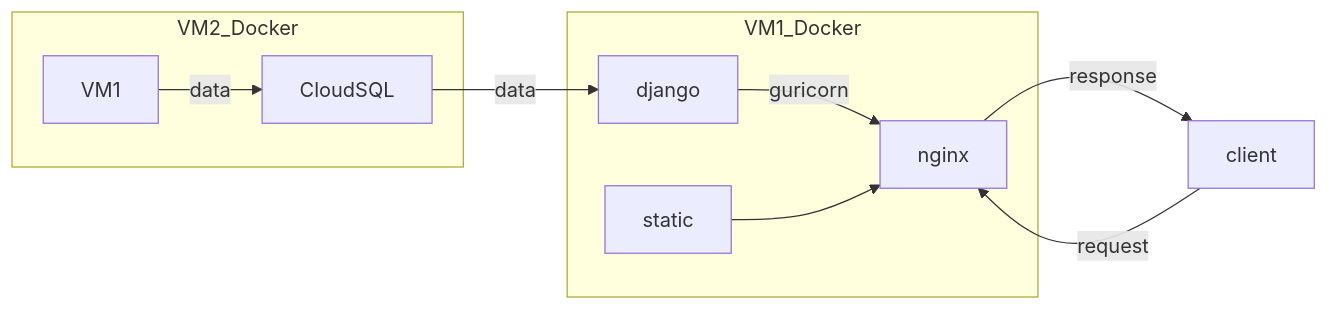
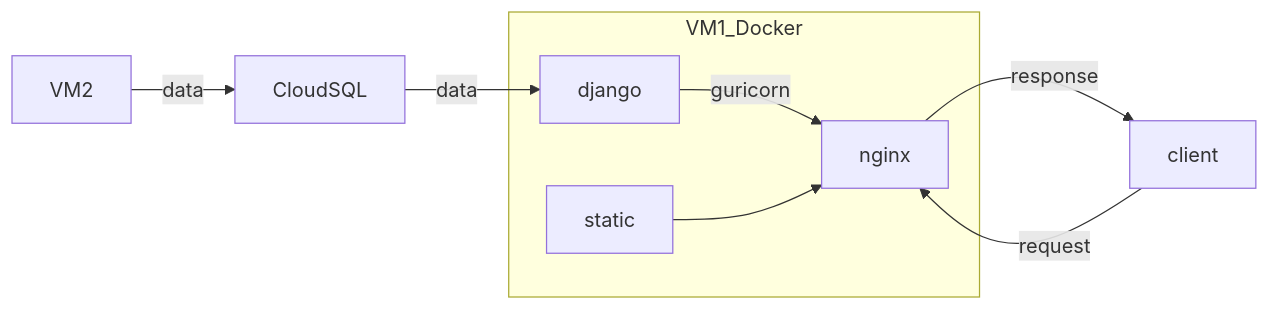
Before and after one commit to merucode/merucode.github.io: the diagram in docs/menu7-project/menu7-sub1-web/menu7-sub1-sub1-design.md, drawn with Mermaid. The commit also changed other lines of this file and 1 other file, not shown here.

````diff
--- a/docs/menu7-project/menu7-sub1-web/menu7-sub1-sub1-design.md
+++ b/docs/menu7-project/menu7-sub1-web/menu7-sub1-sub1-design.md
@@ -13,13 +13,11 @@
 ```mermaid
 flowchart LR
-    subgraph VM2_Docker 
-    a1[VM1]--data-->a2[CloudSQL]
-    end
+    a1[VM2]--data-->a2[CloudSQL]
     a2--"data"-->b1
     subgraph VM1_Docker
     b1[django]--guricorn-->b2[nginx]
     b3[static]-->b2
     end
     c1[client]--request-->b2
     b2--response-->c1
 ```
````
